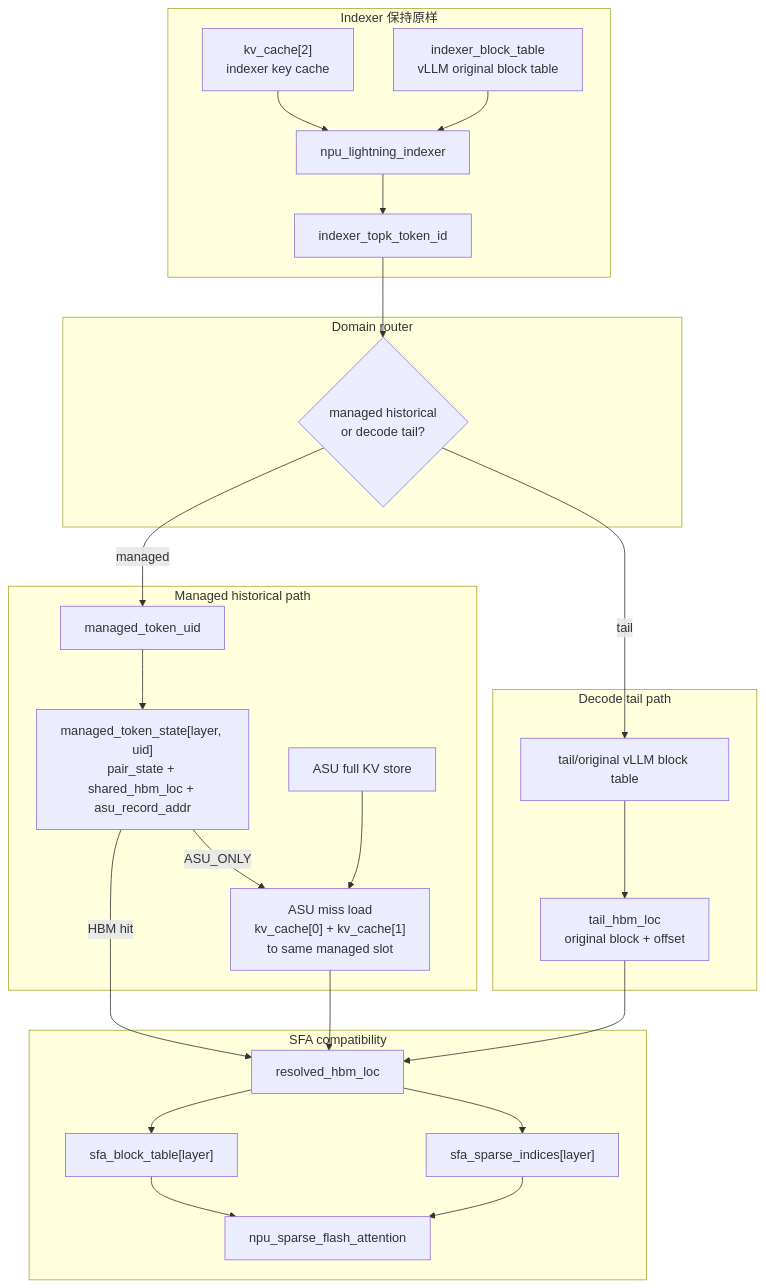
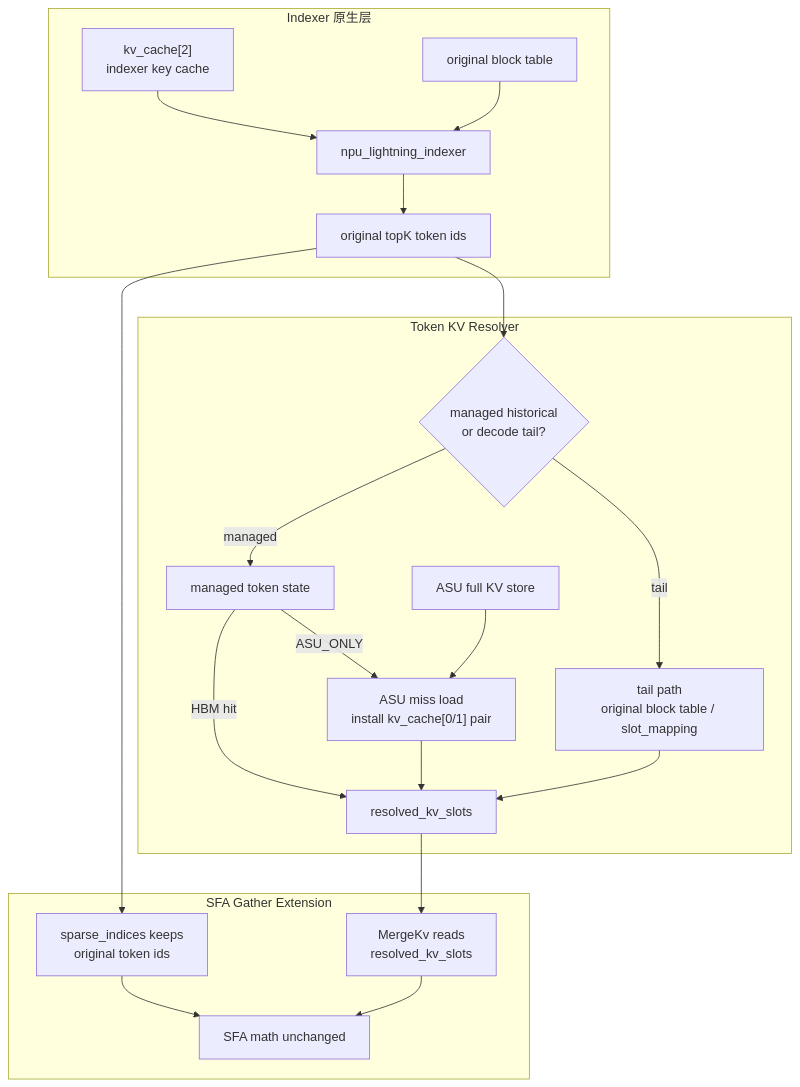
One commit to ykfnxx/ASU-Ascend changed the diagram in docs/draft/2026-06-02-npu-hbm-kvcache-management-draft.md. Above: the diagram before and after it, drawn with Mermaid. The commit also changed other lines of this file and 1 other file, not shown here.

Commit message:
docs: clarify ASU-backed KV cache architecture

````diff
--- a/docs/draft/2026-06-02-npu-hbm-kvcache-management-draft.md
+++ b/docs/draft/2026-06-02-npu-hbm-kvcache-management-draft.md
@@ -229,50 +169,40 @@
 ```mermaid
 flowchart TB
-    subgraph I["Indexer 保持原样"]
+    subgraph I["Indexer 原生层"]
         K2["kv_cache[2]<br/>indexer key cache"]
-        IBT["indexer_block_table<br/>vLLM original block table"]
+        IBT["original block table"]
         IDX["npu_lightning_indexer"]
-        TOPK["indexer_topk_token_id"]
+        TOPK["original topK token ids"]
     end
 
-    subgraph R["Domain router"]
+    subgraph R["Token KV Resolver"]
         DOM{"managed historical<br/>or decode tail?"}
+        TAIL["tail path<br/>original block table / slot_mapping"]
+        STATE["managed token state"]
+        ASU["ASU full KV store"]
+        LOAD["ASU miss load<br/>install kv_cache[0/1] pair"]
+        SLOT["resolved_kv_slots"]
     end
 
-    subgraph M["Managed historical path"]
-        UID["managed_token_uid"]
-        STATE["managed_token_state[layer, uid]<br/>pair_state + shared_hbm_loc + asu_record_addr"]
-        ASU["ASU full KV store"]
-        LOAD["ASU miss load<br/>kv_cache[0] + kv_cache[1]<br/>to same managed slot"]
-    end
-
-    subgraph TAIL["Decode tail path"]
-        TBT["tail/original vLLM block table"]
-        TLOC["tail_hbm_loc<br/>original block + offset"]
-    end
-
-    subgraph S["SFA compatibility"]
-        LOC["resolved_hbm_loc"]
-        SBT["sfa_block_table[layer]"]
-        SID["sfa_sparse_indices[layer]"]
-        SFA["npu_sparse_flash_attention"]
+    subgraph S["SFA Gather Extension"]
+        SEM["sparse_indices keeps<br/>original token ids"]
+        GATHER["MergeKv reads<br/>resolved_kv_slots"]
+        SFA["SFA math unchanged"]
     end
 
     K2 --> IDX
     IBT --> IDX
     IDX --> TOPK
     TOPK --> DOM
-    DOM -- "managed" --> UID
-    UID --> STATE
-    STATE -- "HBM hit" --> LOC
+    DOM -- "tail" --> TAIL
+    DOM -- "managed" --> STATE
+    STATE -- "HBM hit" --> SLOT
     STATE -- "ASU_ONLY" --> LOAD
     ASU --> LOAD
-    LOAD --> LOC
-    DOM -- "tail" --> TBT
-    TBT --> TLOC
-    TLOC --> LOC
-    LOC --> SBT
-    LOC --> SID
-    SBT --> SFA
-    SID --> SFA
+    LOAD --> SLOT
+    TAIL --> SLOT
+    TOPK --> SEM
+    SLOT --> GATHER
+    SEM --> SFA
+    GATHER --> SFA
 ```
````
